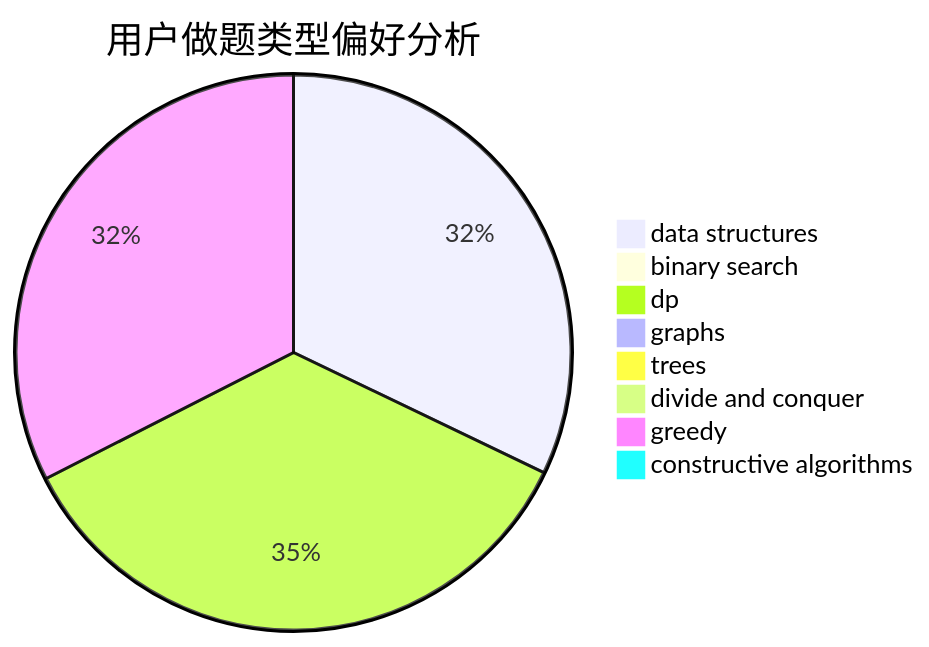
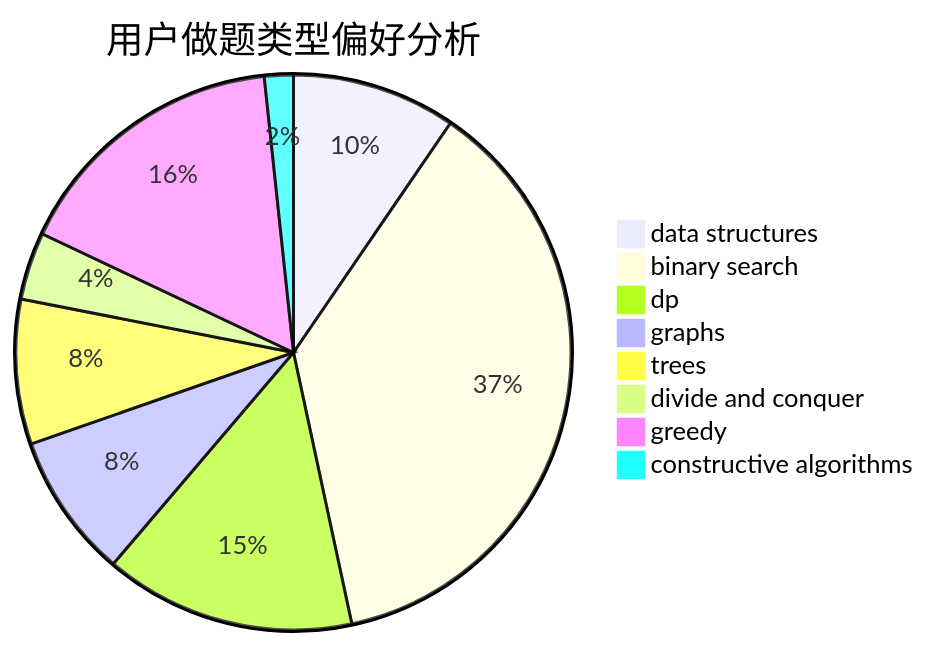
One commit to sherpahu/cfrs.github.io changed the second of 3 diagrams in docs/user/u1685.md. Above: the diagram before and after it, drawn with Mermaid. The commit also changed other lines of this file and 2770 other files, not shown here.

````diff
--- a/docs/user/u1685.md
+++ b/docs/user/u1685.md
@@ -23,11 +23,11 @@
 ```mermaid
 pie title 用户做题类型偏好分析
-    "data structures" :  335
-    "binary search" :  0
-    "dp" :  369
-    "graphs" :  6
-    "trees" :  0
-    "divide and conquer" :  3
-    "greedy" :  339
-    "constructive algorithms" :  10
+    "data structures" :  17
+    "binary search" :  66
+    "dp" :  26
+    "graphs" :  15
+    "trees" :  15
+    "divide and conquer" :  7
+    "greedy" :  29
+    "constructive algorithms" :  3
 ```
````
